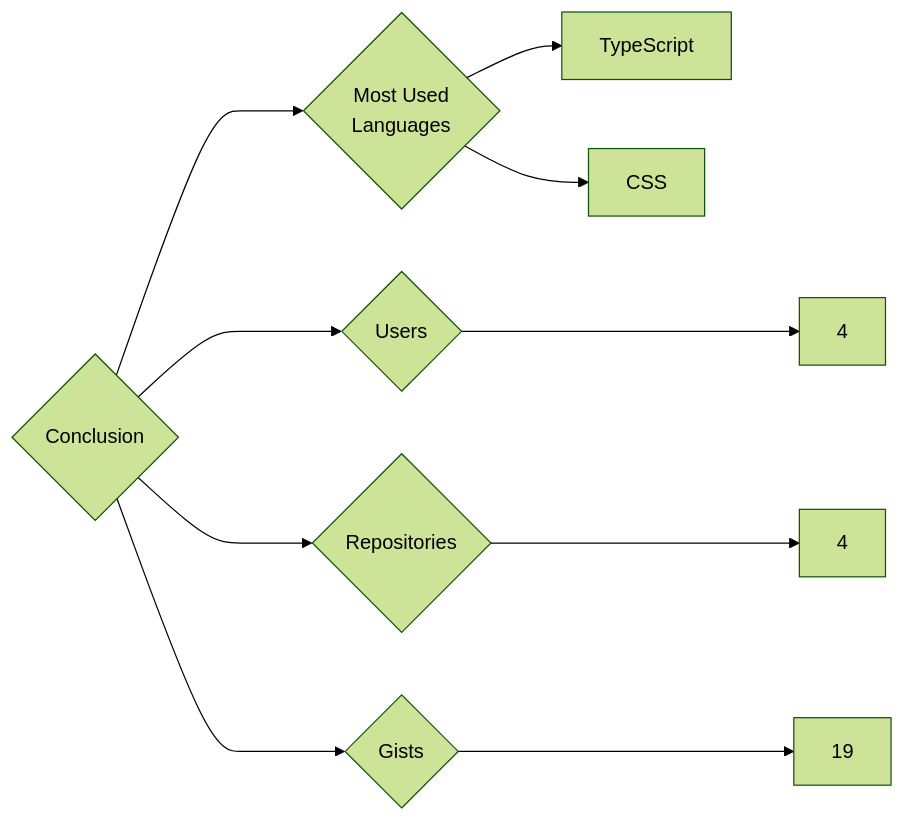
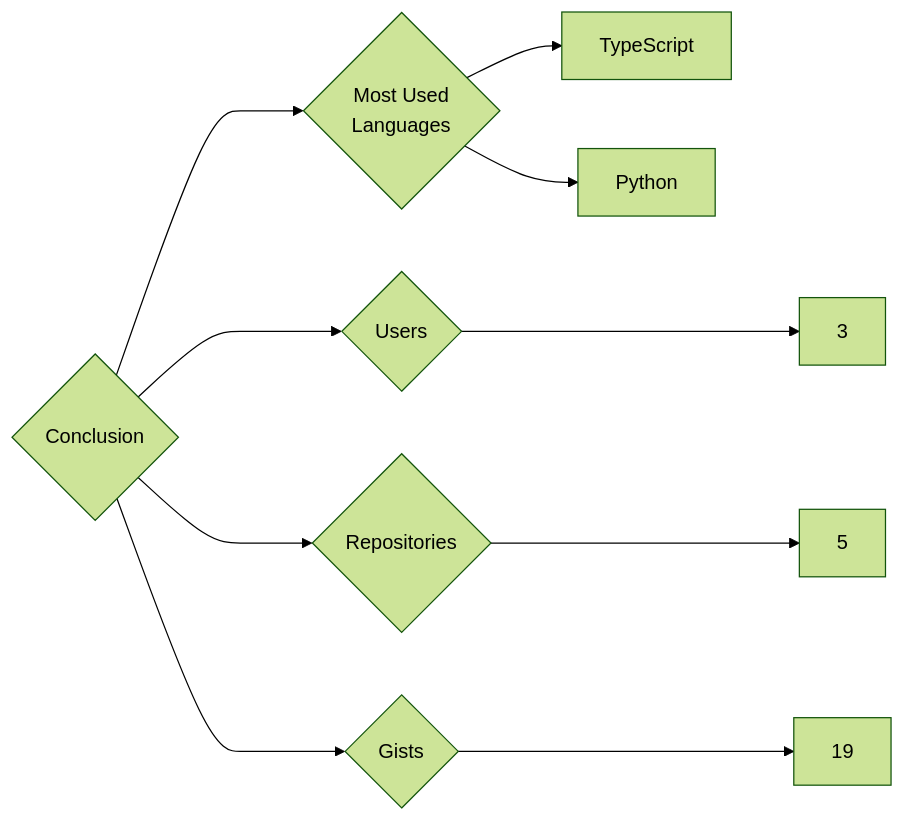
Before and after one commit to trickest/insiders: the diagram in targets/Conclusion/README.md, drawn with Mermaid (forest theme). The commit also changed 1084 other files, not shown here.

````diff
--- a/targets/Conclusion/README.md
+++ b/targets/Conclusion/README.md
@@ -3,10 +3,10 @@
 ```mermaid
 graph LR
 COMPANY_NAME{Conclusion}
-COMPANY_NAME ---> U{Users} ---> UN[4]
-COMPANY_NAME ---> R{Repositories} ---> RN[4]
+COMPANY_NAME ---> U{Users} ---> UN[3]
+COMPANY_NAME ---> R{Repositories} ---> RN[5]
 COMPANY_NAME ---> G{Gists} ---> GN[19]
 COMPANY_NAME ---> ML{Most Used<br>Languages}
 ML --> TypeScript[TypeScript]
-ML --> CSS[CSS]
+ML --> Python[Python]
 ```
````
